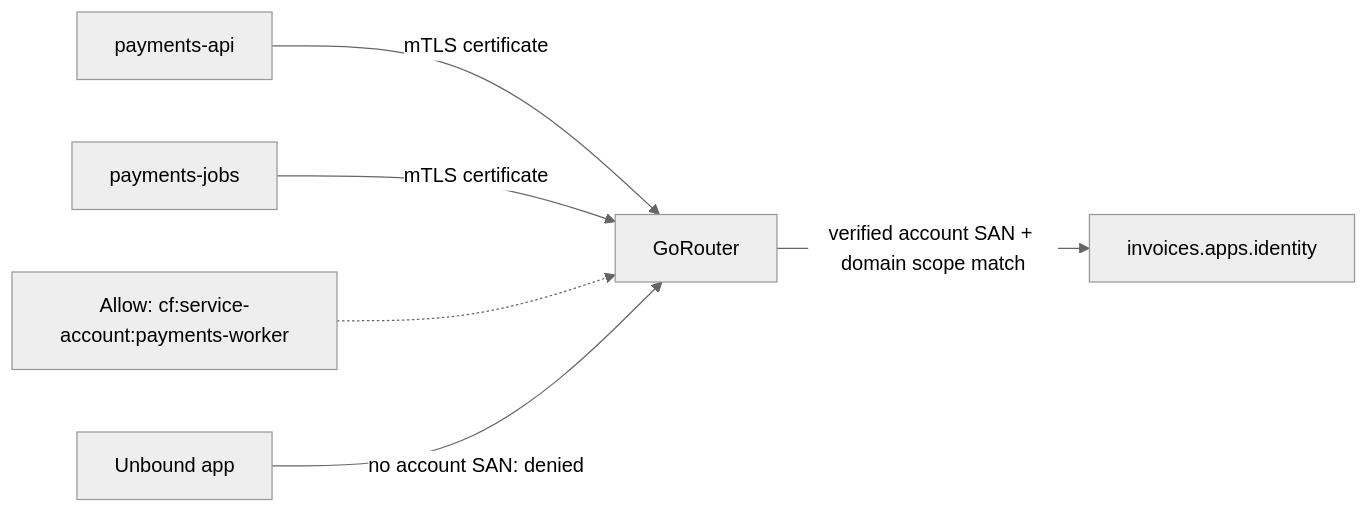
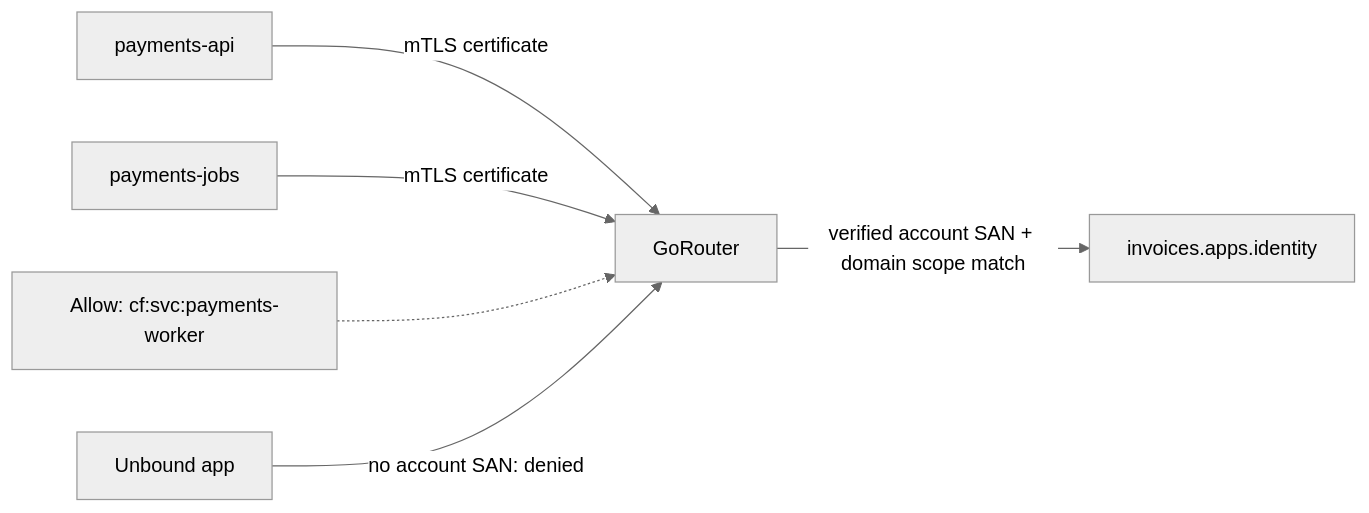
Before and after one commit to cloudfoundry/community: the fourth of 4 diagrams in toc/rfc/rfc-draft-service-accounts.md, drawn with Mermaid (neutral theme). The commit also changed other lines of this file, not shown here.

Commit message:
Use cf:svc prefix for service-account route-policy sources

````diff
--- a/toc/rfc/rfc-draft-service-accounts.md
+++ b/toc/rfc/rfc-draft-service-accounts.md
@@ -242,8 +243,8 @@
 ```mermaid
 flowchart LR
     API["payments-api"] -->|"mTLS certificate"| Router["GoRouter"]
     Jobs["payments-jobs"] -->|"mTLS certificate"| Router
-    Policy["Allow: cf:service-account:payments-worker"] -.-> Router
+    Policy["Allow: cf:svc:payments-worker"] -.-> Router
     Router -->|"verified account SAN + domain scope match"| Backend["invoices.apps.identity"]
     Other["Unbound app"] -->|"no account SAN: denied"| Router
 ```
````
